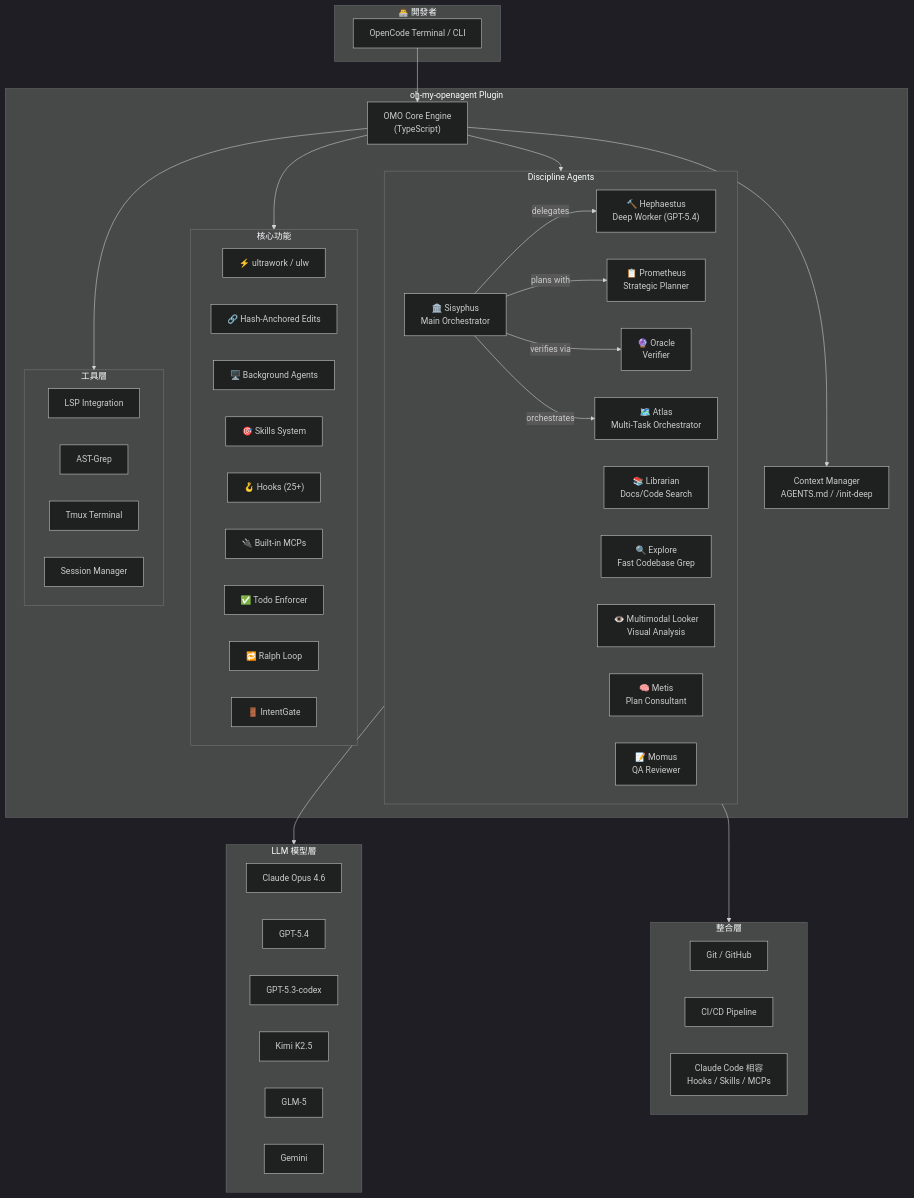
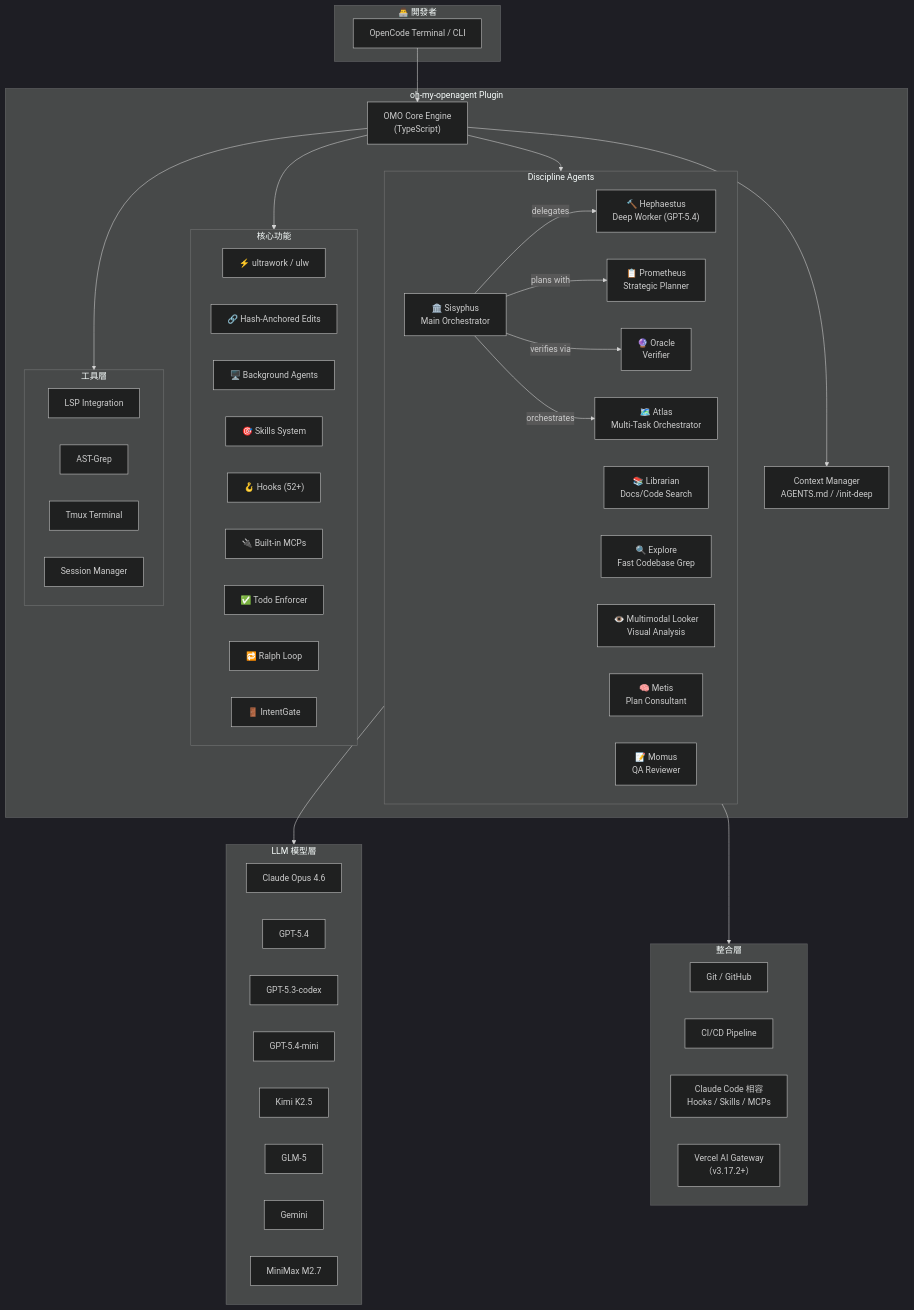
One commit to chihhung/Blog changed the first of 19 diagrams in content/posts/教學/AI開發/oh-my-openagent（Oh My OpenCode, OMO）教學手冊.md. Above: the diagram before and after it, drawn with Mermaid (dark theme). The commit also changed other lines of this file and 2 other files, not shown here.

````diff
--- a/content/posts/教學/AI開發/oh-my-openagent（Oh My OpenCode, OMO）教學手冊.md
+++ b/content/posts/教學/AI開發/oh-my-openagent（Oh My OpenCode, OMO）教學手冊.md
@@ -159,71 +162,74 @@
 ```mermaid
 graph TB
     subgraph Developer["👨‍💻 開發者"]
         CLI["OpenCode Terminal / CLI"]
     end
 
     subgraph OMO["oh-my-openagent Plugin"]
         Core["OMO Core Engine<br/>(TypeScript)"]
         
         subgraph Agents["Discipline Agents"]
             Sisyphus["🏛️ Sisyphus<br/>Main Orchestrator"]
             Hephaestus["🔨 Hephaestus<br/>Deep Worker (GPT-5.4)"]
             Prometheus["📋 Prometheus<br/>Strategic Planner"]
             Oracle["🔮 Oracle<br/>Verifier"]
             Atlas["🗺️ Atlas<br/>Multi-Task Orchestrator"]
             Librarian["📚 Librarian<br/>Docs/Code Search"]
             Explore["🔍 Explore<br/>Fast Codebase Grep"]
             Looker["👁️ Multimodal Looker<br/>Visual Analysis"]
             Metis["🧠 Metis<br/>Plan Consultant"]
             Momus["📝 Momus<br/>QA Reviewer"]
         end
 
         subgraph Features["核心功能"]
             Ultrawork["⚡ ultrawork / ulw"]
             Hashline["🔗 Hash-Anchored Edits"]
             BgAgents["🖥️ Background Agents"]
             Skills["🎯 Skills System"]
-            Hooks["🪝 Hooks (25+)"]
+            Hooks["🪝 Hooks (52+)"]
             MCPs["🔌 Built-in MCPs"]
             TodoEnf["✅ Todo Enforcer"]
             RalphLoop["🔁 Ralph Loop"]
             IntentGate["🚪 IntentGate"]
         end
 
         subgraph Tools["工具層"]
             LSP["LSP Integration"]
             AST["AST-Grep"]
             Tmux["Tmux Terminal"]
             Session["Session Manager"]
         end
 
         Context["Context Manager<br/>AGENTS.md / /init-deep"]
     end
 
-    subgraph Models["LLM 模型層"]
+    subgraph Models["​LLM 模型層"]
         Claude["Claude Opus 4.6"]
         GPT54["GPT-5.4"]
         GPT53["GPT-5.3-codex"]
+        GPT54mini["GPT-5.4-mini"]
         Kimi["Kimi K2.5"]
         GLM["GLM-5"]
         Gemini["Gemini"]
+        MiniMax["MiniMax M2.7"]
     end
 
     subgraph Integration["整合層"]
         Git["Git / GitHub"]
         CICD["CI/CD Pipeline"]
         ClaudeCode["Claude Code 相容<br/>Hooks / Skills / MCPs"]
+        VercelGW["Vercel AI Gateway<br/>（v3.17.2+）"]
     end
 
     CLI --> Core
     Core --> Agents
     Core --> Features
     Core --> Tools
     Core --> Context
     Sisyphus -->|"delegates"| Hephaestus
     Sisyphus -->|"plans with"| Prometheus
     Sisyphus -->|"verifies via"| Oracle
     Sisyphus -->|"orchestrates"| Atlas
     Agents --> Models
     Agents --> Integration
 ```
````
